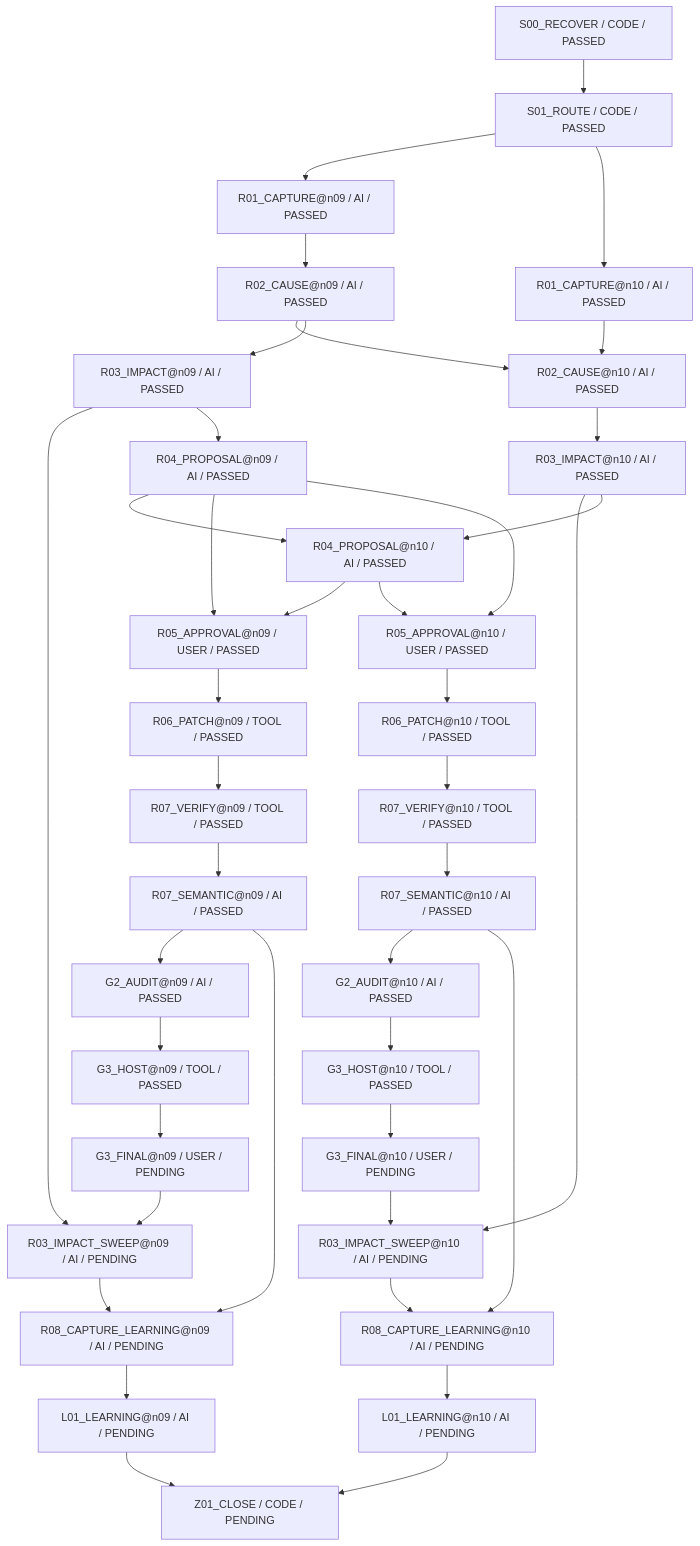
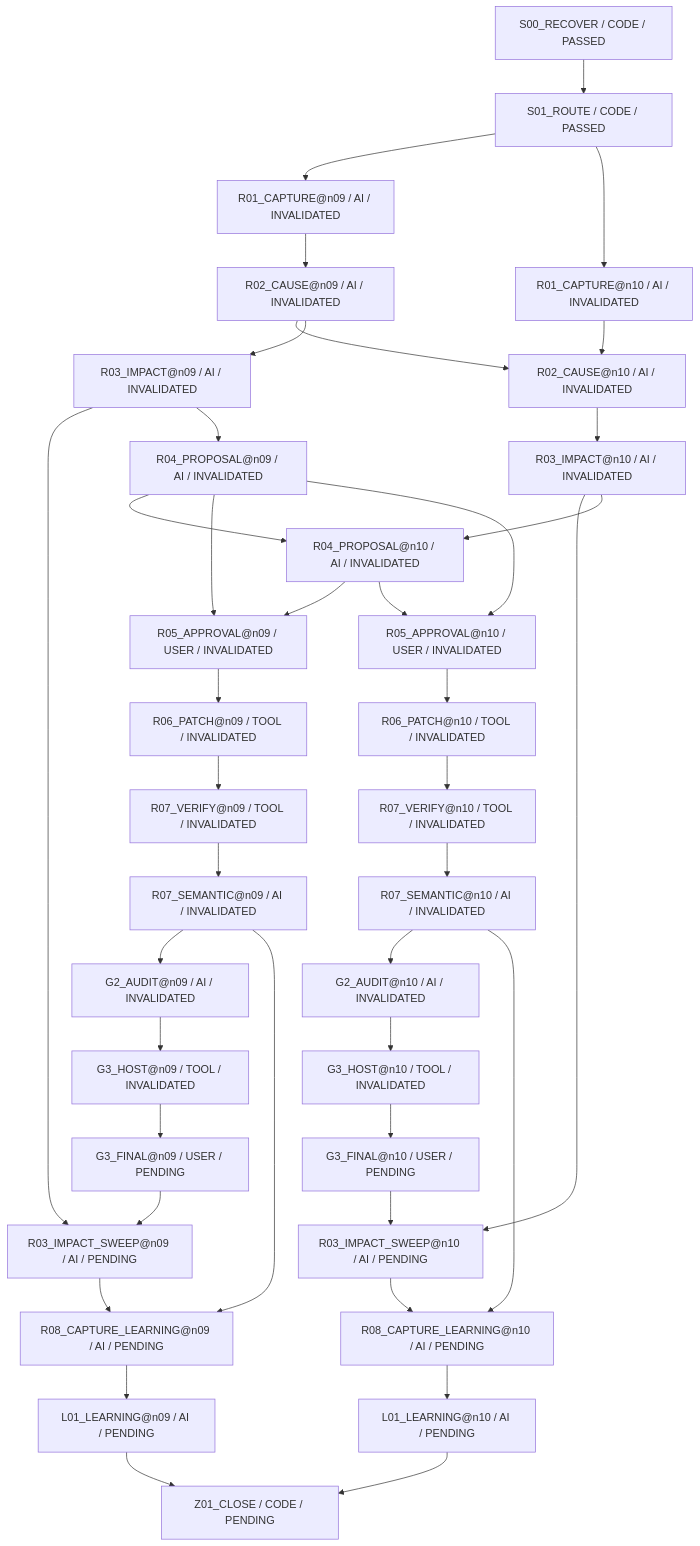
Before and after one commit to rrikunagasige-dot/kyotsu-step-web: the diagram in work/items/W-MATH-034-n09-n10-guided-design/generated/BLOCK_FIRE_DIAGRAM.md, drawn with Mermaid. The commit also changed other lines of this file and 266 other files, not shown here.

````diff
--- a/work/items/W-MATH-034-n09-n10-guided-design/generated/BLOCK_FIRE_DIAGRAM.md
+++ b/work/items/W-MATH-034-n09-n10-guided-design/generated/BLOCK_FIRE_DIAGRAM.md
@@ -5,73 +5,73 @@
 ```mermaid
 flowchart TD
   N0["S00_RECOVER / CODE / PASSED"]
   N1["S01_ROUTE / CODE / PASSED"]
-  N2["R01_CAPTURE@n09 / AI / PASSED"]
-  N3["R02_CAUSE@n09 / AI / PASSED"]
-  N4["R03_IMPACT@n09 / AI / PASSED"]
-  N5["R04_PROPOSAL@n09 / AI / PASSED"]
-  N6["R05_APPROVAL@n09 / USER / PASSED"]
-  N7["R06_PATCH@n09 / TOOL / PASSED"]
-  N8["R07_VERIFY@n09 / TOOL / PASSED"]
-  N9["R07_SEMANTIC@n09 / AI / PASSED"]
-  N10["R01_CAPTURE@n10 / AI / PASSED"]
-  N11["R02_CAUSE@n10 / AI / PASSED"]
-  N12["R03_IMPACT@n10 / AI / PASSED"]
-  N13["R04_PROPOSAL@n10 / AI / PASSED"]
-  N14["R05_APPROVAL@n10 / USER / PASSED"]
-  N15["R06_PATCH@n10 / TOOL / PASSED"]
-  N16["R07_VERIFY@n10 / TOOL / PASSED"]
-  N17["R07_SEMANTIC@n10 / AI / PASSED"]
-  N18["G2_AUDIT@n09 / AI / PASSED"]
-  N19["G3_HOST@n09 / TOOL / PASSED"]
+  N2["R01_CAPTURE@n09 / AI / INVALIDATED"]
+  N3["R02_CAUSE@n09 / AI / INVALIDATED"]
+  N4["R03_IMPACT@n09 / AI / INVALIDATED"]
+  N5["R04_PROPOSAL@n09 / AI / INVALIDATED"]
+  N6["R05_APPROVAL@n09 / USER / INVALIDATED"]
+  N7["R06_PATCH@n09 / TOOL / INVALIDATED"]
+  N8["R07_VERIFY@n09 / TOOL / INVALIDATED"]
+  N9["R07_SEMANTIC@n09 / AI / INVALIDATED"]
+  N10["R01_CAPTURE@n10 / AI / INVALIDATED"]
+  N11["R02_CAUSE@n10 / AI / INVALIDATED"]
+  N12["R03_IMPACT@n10 / AI / INVALIDATED"]
+  N13["R04_PROPOSAL@n10 / AI / INVALIDATED"]
+  N14["R05_APPROVAL@n10 / USER / INVALIDATED"]
+  N15["R06_PATCH@n10 / TOOL / INVALIDATED"]
+  N16["R07_VERIFY@n10 / TOOL / INVALIDATED"]
+  N17["R07_SEMANTIC@n10 / AI / INVALIDATED"]
+  N18["G2_AUDIT@n09 / AI / INVALIDATED"]
+  N19["G3_HOST@n09 / TOOL / INVALIDATED"]
   N20["G3_FINAL@n09 / USER / PENDING"]
   N21["R03_IMPACT_SWEEP@n09 / AI / PENDING"]
   N22["R08_CAPTURE_LEARNING@n09 / AI / PENDING"]
   N23["L01_LEARNING@n09 / AI / PENDING"]
-  N24["G2_AUDIT@n10 / AI / PASSED"]
-  N25["G3_HOST@n10 / TOOL / PASSED"]
+  N24["G2_AUDIT@n10 / AI / INVALIDATED"]
+  N25["G3_HOST@n10 / TOOL / INVALIDATED"]
   N26["G3_FINAL@n10 / USER / PENDING"]
   N27["R03_IMPACT_SWEEP@n10 / AI / PENDING"]
   N28["R08_CAPTURE_LEARNING@n10 / AI / PENDING"]
   N29["L01_LEARNING@n10 / AI / PENDING"]
   N30["Z01_CLOSE / CODE / PENDING"]
   N18 --> N19
   N24 --> N25
   N20 --> N21
   N26 --> N27
   N19 --> N20
   N25 --> N26
   N23 --> N30
   N29 --> N30
   N2 --> N3
   N10 --> N11
   N3 --> N11
   N3 --> N4
   N11 --> N12
   N4 --> N21
   N4 --> N5
   N12 --> N27
   N12 --> N13
   N21 --> N22
   N27 --> N28
   N5 --> N13
   N5 --> N6
   N5 --> N14
   N13 --> N6
   N13 --> N14
   N6 --> N7
   N14 --> N15
   N7 --> N8
   N15 --> N16
   N9 --> N18
   N9 --> N22
   N17 --> N24
   N17 --> N28
   N8 --> N9
   N16 --> N17
   N22 --> N23
   N28 --> N29
   N0 --> N1
   N1 --> N2
   N1 --> N10
 ```
````
